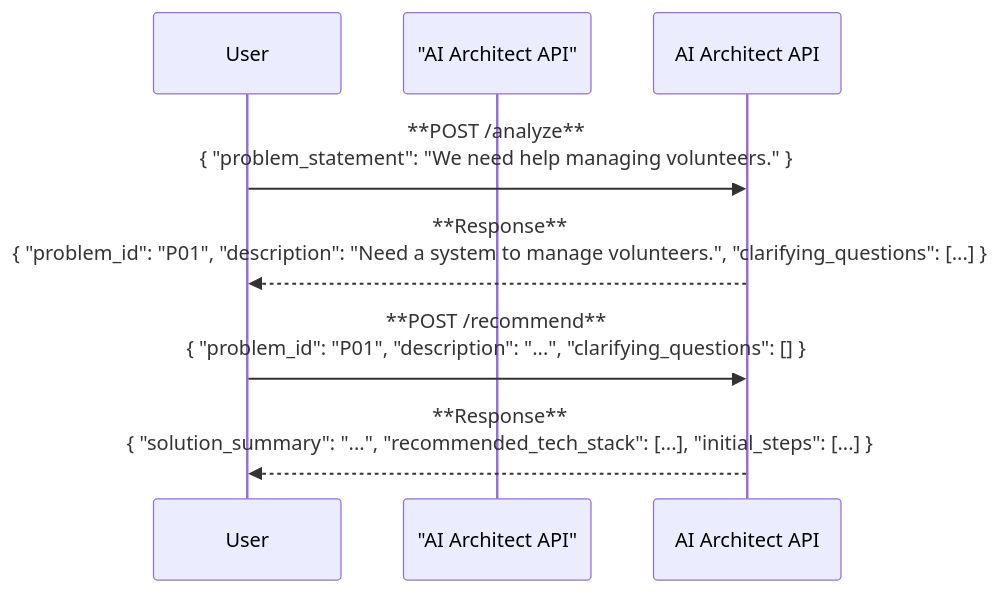
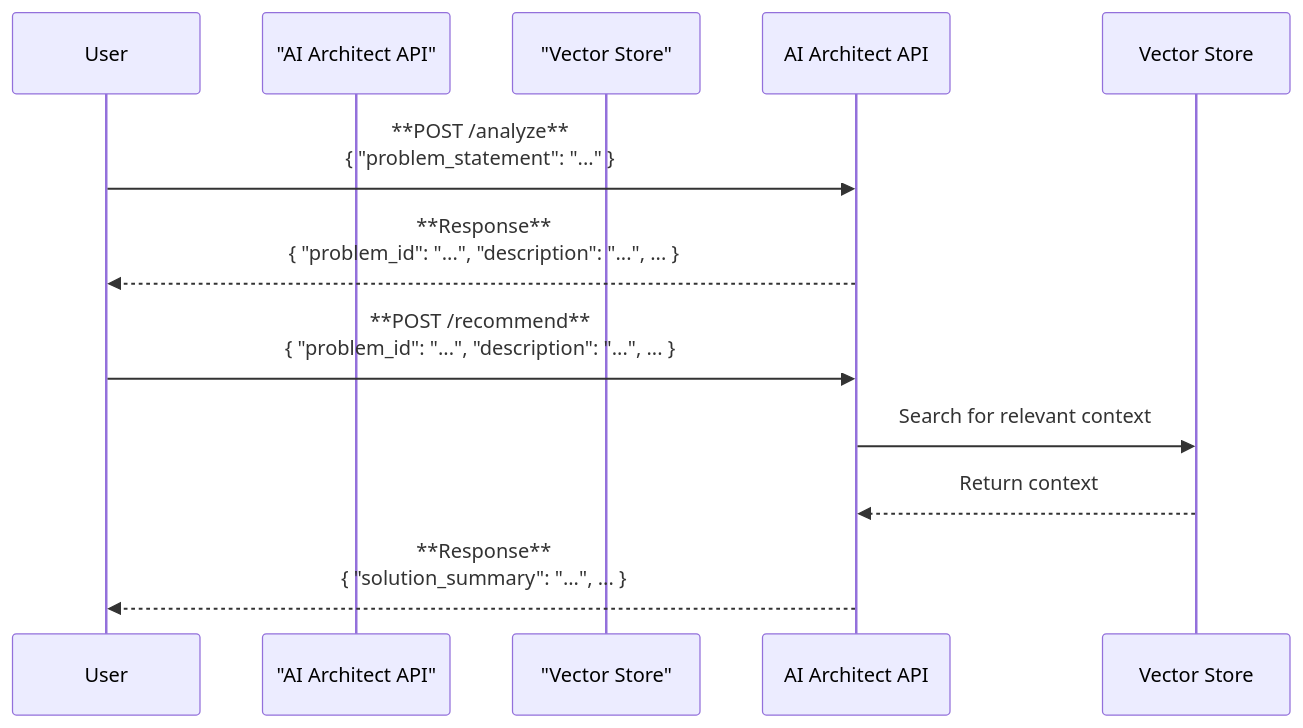
Before and after one commit to AdamPrzychodni/ai-enablement-tttr: the diagram in task_1_solution_architect/docs/04_software_design.md, drawn with Mermaid. The commit also changed other lines of this file and 3 other files, not shown here.

Commit message:
Enhance documentation for AI Architect API, adding context to recommendations and clarifying system behavior and architecture

`````diff
--- a/task_1_solution_architect/docs/04_software_design.md
+++ b/task_1_solution_architect/docs/04_software_design.md
@@ -23,13 +22,16 @@
 ```mermaid
 sequenceDiagram
     participant User
     participant "AI Architect API"
+    participant "Vector Store"
 
-    User->>AI Architect API: **POST /analyze** <br> { "problem_statement": "We need help managing volunteers." }
+    User->>AI Architect API: **POST /analyze** <br> { "problem_statement": "..." }
+    AI Architect API-->>User: **Response** <br> { "problem_id": "...", "description": "...", ... }
 
-    AI Architect API-->>User: **Response** <br> { "problem_id": "P01", "description": "Need a system to manage volunteers.", "clarifying_questions": [...] }
-
-    User->>AI Architect API: **POST /recommend** <br> { "problem_id": "P01", "description": "...", "clarifying_questions": [] }
-
-    AI Architect API-->>User: **Response** <br> { "solution_summary": "...", "recommended_tech_stack": [...], "initial_steps": [...] }
-````
+    User->>AI Architect API: **POST /recommend** <br> { "problem_id": "...", "description": "...", ... }
+    
+    AI Architect API->>Vector Store: Search for relevant context
+    Vector Store-->>AI Architect API: Return context
+    
+    AI Architect API-->>User: **Response** <br> { "solution_summary": "...", ... }
+```
`````
